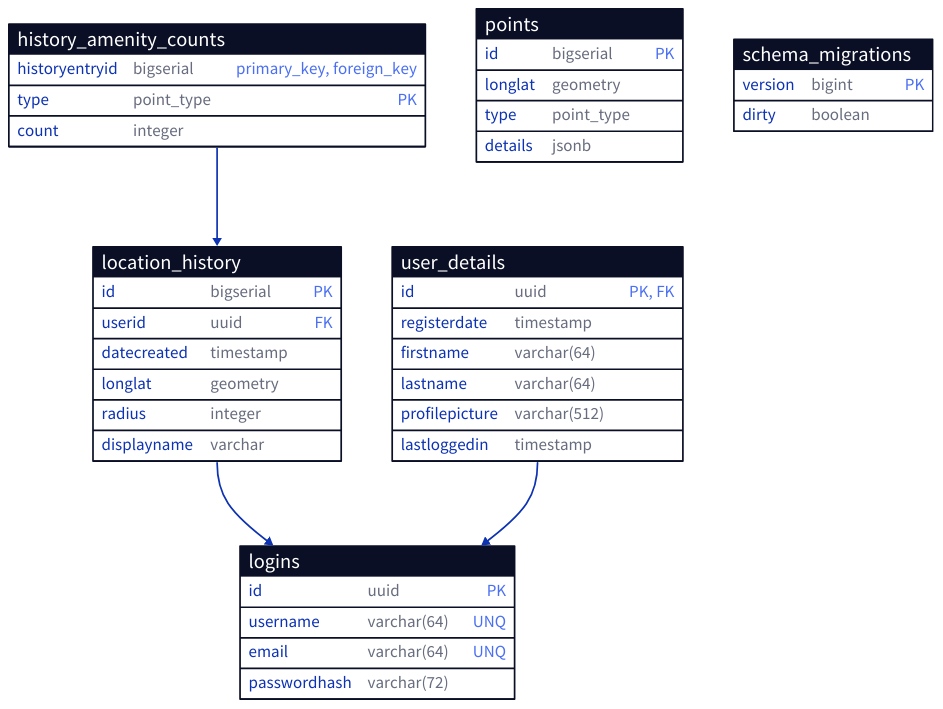
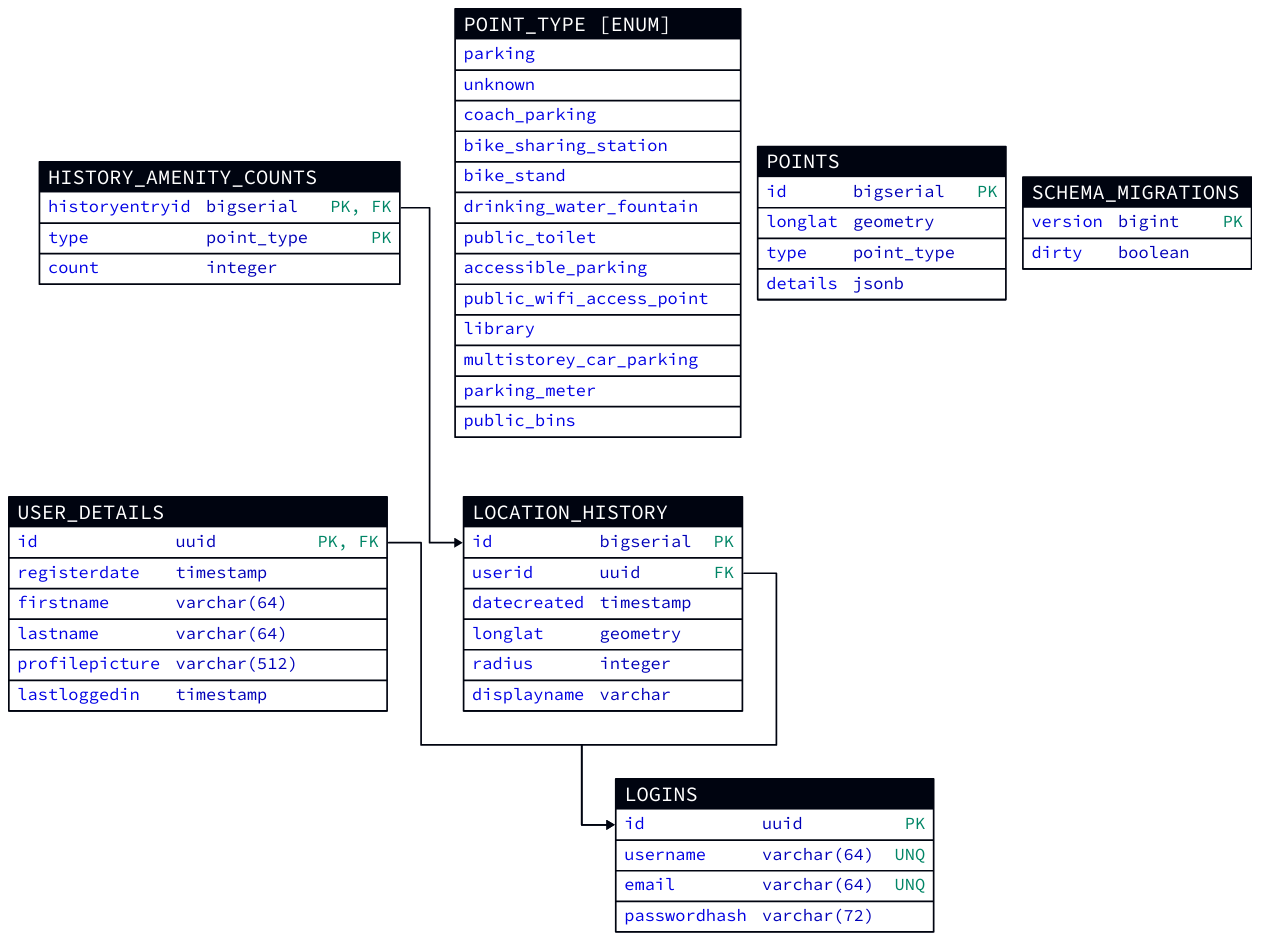
Before and after one commit to 2024-CMPU9010-GROUP-3/PROJECT: the diagram in Documentation/d2-diagrams/database-final/database-final.d2, drawn with D2. The commit also changed 8 other files, not shown here.

```diff
--- a/Documentation/d2-diagrams/database-final/database-final.d2
+++ b/Documentation/d2-diagrams/database-final/database-final.d2
@@ -1,52 +1,76 @@
-history_amenity_counts {
+vars: {
+  d2-config: {
+    layout-engine: elk
+    theme-id: 300
+  }
+}
+
+logins: {
   shape: sql_table
-  historyentryid: bigserial {constraint: [primary_key, foreign_key]}
+  id: uuid {constraint: primary_key}
+  username: varchar(64) {constraint: unique}
+  email: varchar(64) {constraint: unique}
+  passwordhash: varchar(72)
+}
+
+user_details: {
+  shape: sql_table
+  id: uuid {constraint: [primary_key; foreign_key]}
+  registerdate: timestamp
+  firstname: varchar(64)
+  lastname: varchar(64)
+  profilepicture: varchar(512)
+  lastloggedin: timestamp
+}
+
+history_amenity_counts: {
+  shape: sql_table
+  historyentryid: bigserial {constraint: [primary_key; foreign_key]}
   type: point_type {constraint: primary_key}
   count: integer
 }
 
-location_history {
+location_history: {
   shape: sql_table
   id: bigserial {constraint: primary_key}
   userid: uuid {constraint: foreign_key}
   datecreated: timestamp
   longlat: geometry
   radius: integer
   displayname: varchar
 }
 
-logins {
+point_type \[enum\]: {
   shape: sql_table
-  id: uuid {constraint: primary_key}
-  username: varchar(64) {constraint: unique}
-  email: varchar(64) {constraint: unique}
-  passwordhash: varchar(72)
+  parking
+  unknown
+  coach_parking
+  bike_sharing_station
+  bike_stand
+  drinking_water_fountain
+  public_toilet
+  accessible_parking
+  public_wifi_access_point
+  library
+  multistorey_car_parking
+  parking_meter
+  public_bins
 }
 
-user_details {
-  shape: sql_table
-  id: uuid {constraint: [primary_key; foreign_key]}
-  registerdate: timestamp
-  firstname: varchar(64)
-  lastname: varchar(64)
-  profilepicture: varchar(512)
-  lastloggedin: timestamp
-}
-
-points {
+points: {
   shape: sql_table
   id: bigserial {constraint: primary_key}
   longlat: geometry
   type: point_type
   details: jsonb
 }
 
-schema_migrations {
+schema_migrations: {
   shape: sql_table
   version: bigint {constraint: primary_key}
   dirty: boolean
 }
 
 history_amenity_counts.historyentryid -> location_history.id
 location_history.userid -> logins.id
 user_details.id -> logins.id
```
